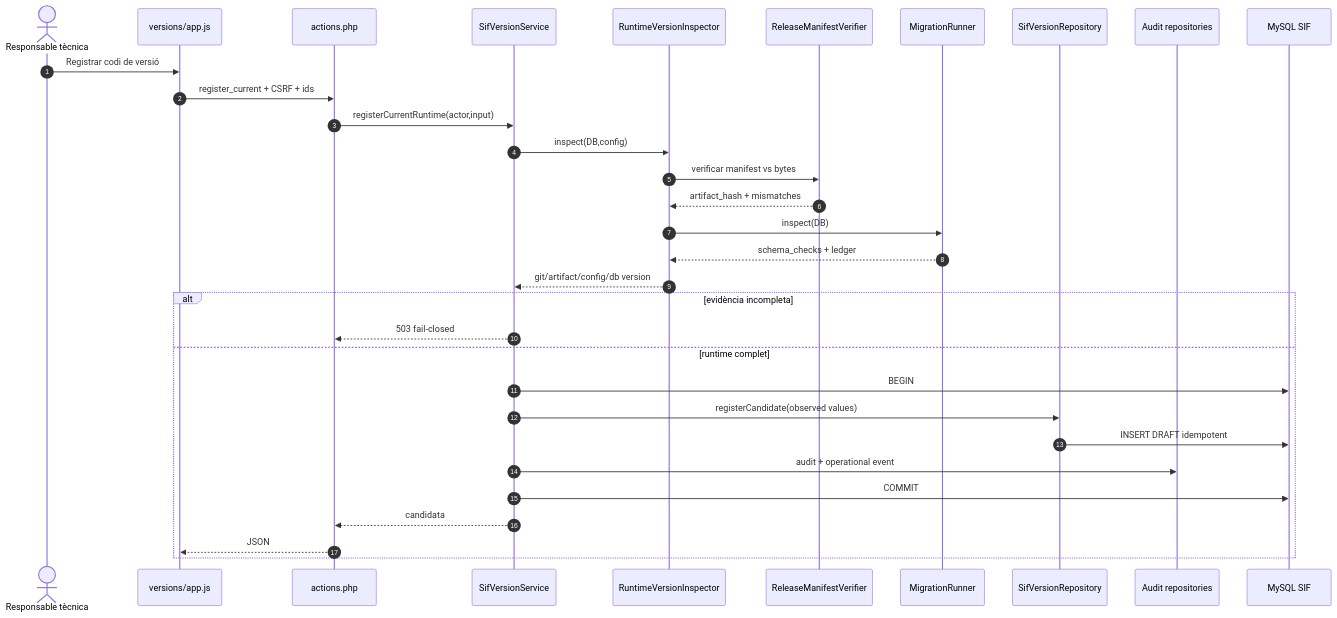
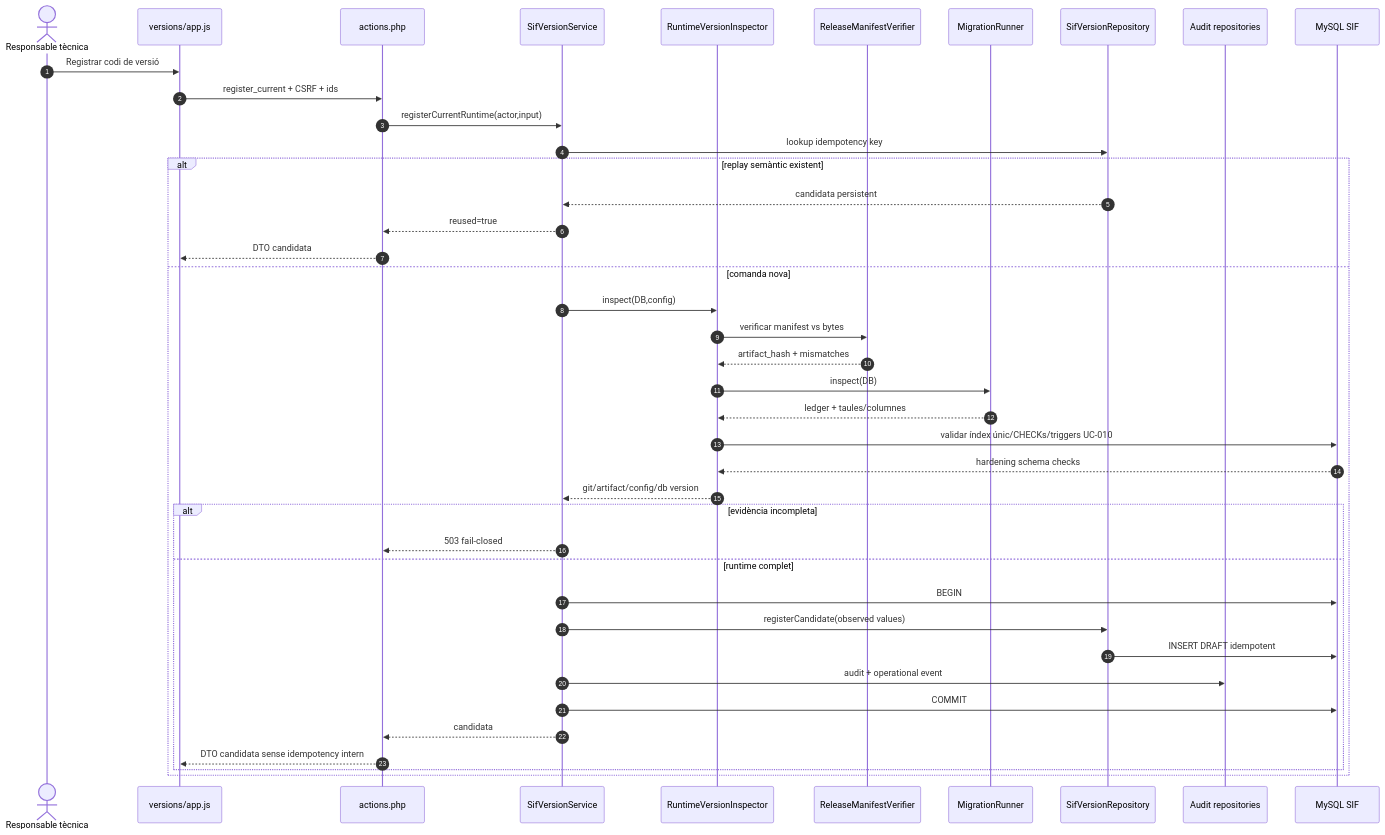
One commit to orgmeriemprismacat-del/verifactu changed the second of 7 diagrams in documentacio/07-uml-integrat/uc-010-sequencies-actual-final.md. Above: the diagram before and after it, drawn with Mermaid. The commit also changed other lines of this file, not shown here.

Commit message:
docs(UC-010): seqüències FINAL alineades amb hardening complet

````diff
--- a/documentacio/07-uml-integrat/uc-010-sequencies-actual-final.md
+++ b/documentacio/07-uml-integrat/uc-010-sequencies-actual-final.md
@@ -26,35 +26,44 @@
 ```mermaid
 sequenceDiagram
 autonumber
 actor U as Responsable tècnica
 participant JS as versions/app.js
 participant API as actions.php
 participant S as SifVersionService
 participant I as RuntimeVersionInspector
 participant M as ReleaseManifestVerifier
 participant MR as MigrationRunner
 participant VR as SifVersionRepository
 participant A as Audit repositories
 participant DB as MySQL SIF
 
 U->>JS: Registrar codi de versió
 JS->>API: register_current + CSRF + ids
 API->>S: registerCurrentRuntime(actor,input)
+S->>VR: lookup idempotency key
+alt replay semàntic existent
+  VR-->>S: candidata persistent
+  S-->>API: reused=true
+  API-->>JS: DTO candidata
+else comanda nova
 S->>I: inspect(DB,config)
 I->>M: verificar manifest vs bytes
 M-->>I: artifact_hash + mismatches
 I->>MR: inspect(DB)
-MR-->>I: schema_checks + ledger
+MR-->>I: ledger + taules/columnes
+I->>DB: validar índex únic/CHECKs/triggers UC-010
+DB-->>I: hardening schema checks
 I-->>S: git/artifact/config/db version
 alt evidència incompleta
   S-->>API: 503 fail-closed
 else runtime complet
   S->>DB: BEGIN
   S->>VR: registerCandidate(observed values)
   VR->>DB: INSERT DRAFT idempotent
   S->>A: audit + operational event
   S->>DB: COMMIT
   S-->>API: candidata
-  API-->>JS: JSON
+  API-->>JS: DTO candidata sense idempotency intern
+end
 end
 ```
````
